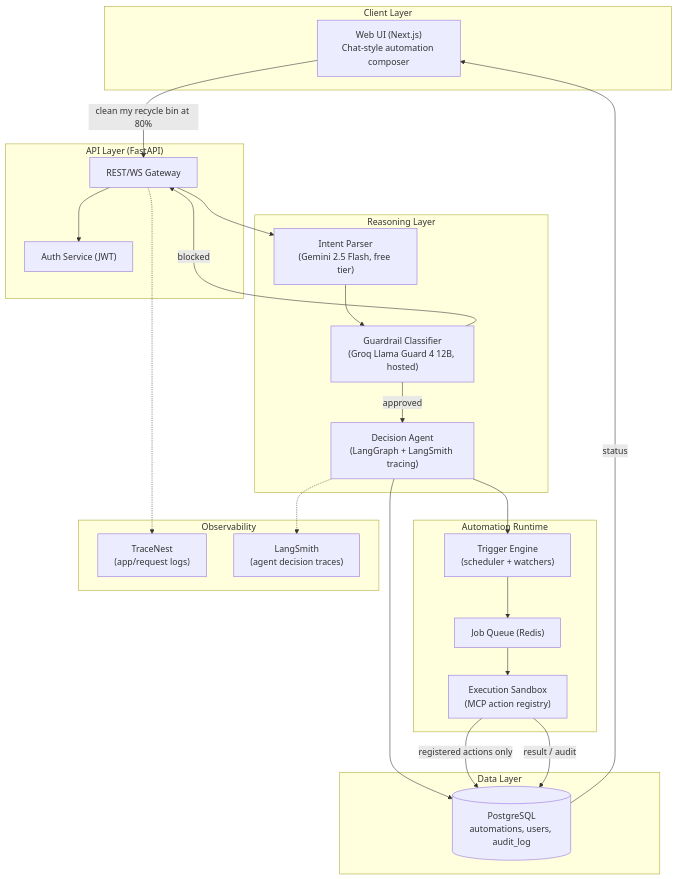
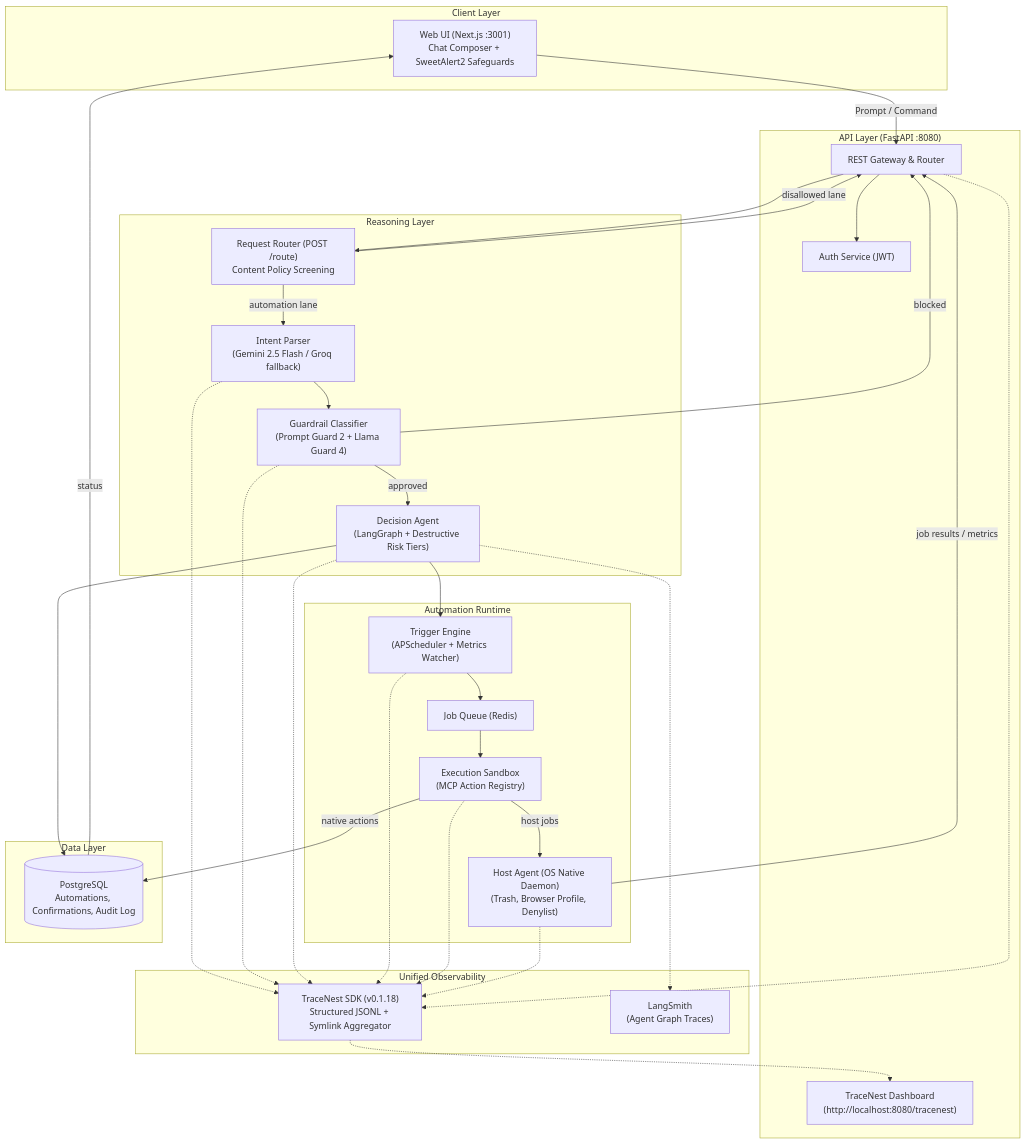
The first of 4 diagrams in docs/architecture.md (vishwajitvm/NL-Automation-Platform), drawn with Mermaid before and after one commit. The commit also changed other lines of this file and 6 other files, not shown here.

First line of the commit message:
Enhance system architecture and observability features

````diff
--- a/docs/architecture.md
+++ b/docs/architecture.md
@@ -37,48 +37,63 @@
 ```mermaid
 flowchart TB
     subgraph Client["Client Layer"]
-        UI["Web UI (Next.js)\nChat-style automation composer"]
+        UI["Web UI (Next.js :3001)\nChat Composer + SweetAlert2 Safeguards"]
     end
 
-    subgraph Gateway["API Layer (FastAPI)"]
-        API["REST/WS Gateway"]
+    subgraph Gateway["API Layer (FastAPI :8080)"]
+        API["REST Gateway & Router"]
         AUTH["Auth Service (JWT)"]
+        TNDASH["TraceNest Dashboard\n(http://localhost:8080/tracenest)"]
     end
 
     subgraph Brain["Reasoning Layer"]
-        PARSE["Intent Parser\n(Gemini 2.5 Flash, free tier)"]
-        GUARD["Guardrail Classifier\n(Groq Llama Guard 4 12B, hosted)"]
-        AGENT["Decision Agent\n(LangGraph + LangSmith tracing)"]
+        ROUTER["Request Router (POST /route)\nContent Policy Screening"]
+        PARSE["Intent Parser\n(Gemini 2.5 Flash / Groq fallback)"]
+        GUARD["Guardrail Classifier\n(Prompt Guard 2 + Llama Guard 4)"]
+        AGENT["Decision Agent\n(LangGraph + Destructive Risk Tiers)"]
     end
 
     subgraph Runtime["Automation Runtime"]
-        TRIGGER["Trigger Engine\n(scheduler + watchers)"]
+        TRIGGER["Trigger Engine\n(APScheduler + Metrics Watcher)"]
         QUEUE["Job Queue (Redis)"]
-        EXEC["Execution Sandbox\n(MCP action registry)"]
+        EXEC["Execution Sandbox\n(MCP Action Registry)"]
+        HOST["Host Agent (OS Native Daemon)\n(Trash, Browser Profile, Denylist)"]
     end
 
     subgraph Data["Data Layer"]
-        PG[("PostgreSQL\nautomations, users, audit_log")]
+        PG[("PostgreSQL\nAutomations, Confirmations, Audit Log")]
     end
 
-    subgraph Obs["Observability"]
-        TN["TraceNest\n(app/request logs)"]
-        LS["LangSmith\n(agent decision traces)"]
+    subgraph Obs["Unified Observability"]
+        TN["TraceNest SDK (v0.1.18)\nStructured JSONL + Symlink Aggregator"]
+        LS["LangSmith\n(Agent Graph Traces)"]
     end
 
-    UI -->|"clean my recycle bin at 80%"| API
+    UI -->|"Prompt / Command"| API
     API --> AUTH
-    API --> PARSE
+    API --> ROUTER
+    ROUTER -->|"automation lane"| PARSE
+    ROUTER -->|"disallowed lane"| API
     PARSE --> GUARD
     GUARD -->|blocked| API
     GUARD -->|approved| AGENT
     AGENT --> PG
     AGENT --> TRIGGER
     TRIGGER --> QUEUE
     QUEUE --> EXEC
-    EXEC -->|registered actions only| PG
-    EXEC -->|result / audit| PG
+    EXEC -->|host jobs| HOST
+    EXEC -->|native actions| PG
+    HOST -->|job results / metrics| API
     PG -->|status| UI
+
+    %% Observability Streams
     API -.-> TN
+    PARSE -.-> TN
+    GUARD -.-> TN
+    AGENT -.-> TN
+    TRIGGER -.-> TN
+    EXEC -.-> TN
+    HOST -.-> TN
+    TN -.-> TNDASH
     AGENT -.-> LS
 ```
````
